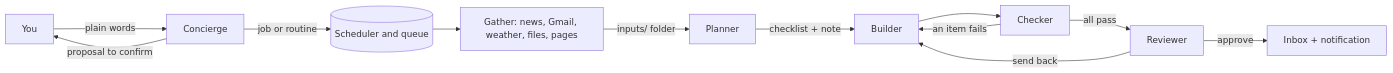
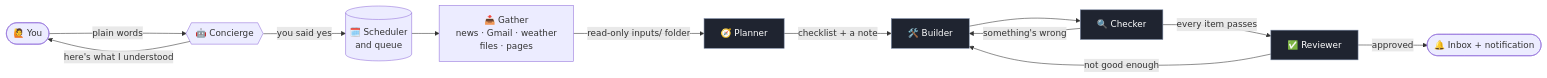
Before and after one commit to Muhammad-Aitzaz-Khan/agent-orchestrator: the first of 2 diagrams in README.md, drawn with Mermaid. The commit also changed other lines of this file and 51 other files, not shown here.

````diff
--- a/README.md
+++ b/README.md
@@ -45,14 +120,17 @@
 ```mermaid
 flowchart LR
-    Y[You] -->|plain words| C[Concierge]
-    C -->|proposal to confirm| Y
-    C -->|job or routine| S[(Scheduler and queue)]
-    S --> G[Gather: news, Gmail, weather, files, pages]
-    G -->|inputs/ folder| P[Planner]
-    P -->|checklist + note| B[Builder]
-    B --> K[Checker]
-    K -->|an item fails| B
-    K -->|all pass| R[Reviewer]
-    R -->|send back| B
-    R -->|approve| N[Inbox + notification]
+    you([🙋 You]) -->|plain words| con{{🤖 Concierge}}
+    con -->|"here's what I understood"| you
+    con -->|you said yes| q[(🗓️ Scheduler<br/>and queue)]
+    q --> g[📥 Gather<br/>news · Gmail · weather<br/>files · pages]
+    g -->|read-only inputs/ folder| p[🧭 Planner]
+    p -->|checklist + a note| b[🛠️ Builder]
+    b --> k[🔍 Checker]
+    k -->|something's wrong| b
+    k -->|every item passes| r[✅ Reviewer]
+    r -->|not good enough| b
+    r -->|approved| inbox([🔔 Inbox + notification])
+
+    classDef robot fill:#1f2430,stroke:#7c8aa5,color:#fff
+    class p,b,k,r robot
 ```
````
